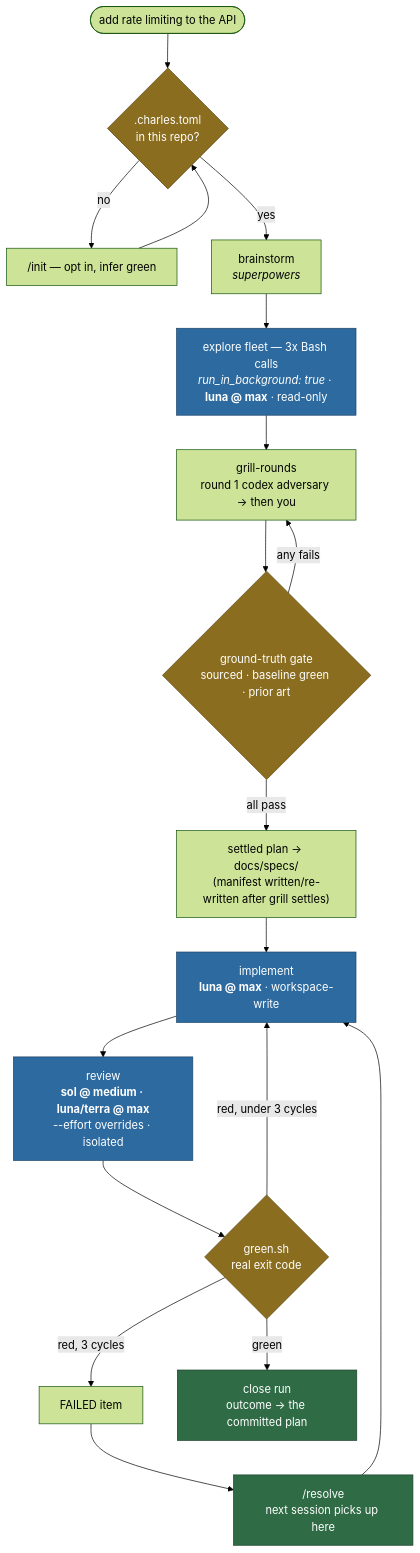
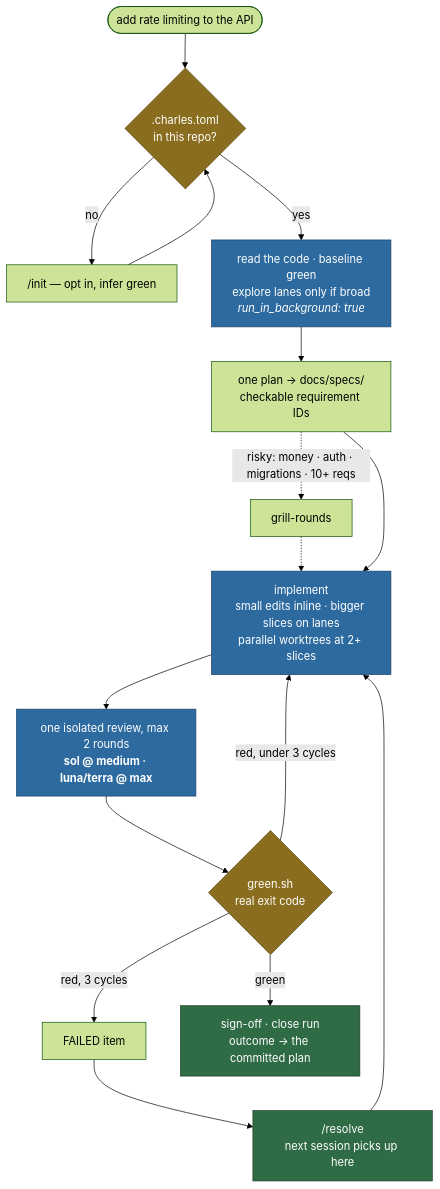
The first of 2 diagrams in README.md (charlesdr13/charlesdr-dev-loop), drawn with Mermaid (forest theme) before and after one commit. The commit also changed other lines of this file and 29 other files, not shown here.

````diff
--- a/README.md
+++ b/README.md
@@ -21,31 +23,28 @@
 ```mermaid
 flowchart TD
     REQ(["add rate limiting to the API"]) --> GATE{".charles.toml<br/>in this repo?"}
     GATE -->|no| INIT["/init — opt in, infer green"]
     INIT --> GATE
-    GATE -->|yes| BRAIN["brainstorm<br/><i>superpowers</i>"]
+    GATE -->|yes| READ["read the code · baseline green<br/>explore lanes only if broad<br/><i>run_in_background: true</i>"]
 
-    BRAIN --> EXP["explore fleet — 3x Bash calls<br/><i>run_in_background: true</i> · <b>luna @ max</b> · read-only"]
-    EXP --> GRILL["grill-rounds<br/>round 1 codex adversary → then you"]
-    GRILL --> TRUTH{"ground-truth gate<br/>sourced · baseline green · prior art"}
-    TRUTH -->|any fails| GRILL
-    TRUTH -->|all pass| PLAN["settled plan → docs/specs/<br/>(manifest written/re-written after grill settles)"]
-
-    PLAN --> IMPL["implement<br/><b>luna @ max</b> · workspace-write"]
-    IMPL --> REV["review<br/><b>sol @ medium · luna/terra @ max</b><br/>--effort overrides · isolated"]
+    READ --> PLAN["one plan → docs/specs/<br/>checkable requirement IDs"]
+    PLAN -.->|"risky: money · auth · migrations · 10+ reqs"| GRILL["grill-rounds"]
+    GRILL -.-> IMPL
+    PLAN --> IMPL["implement<br/>small edits inline · bigger slices on lanes<br/>parallel worktrees at 2+ slices"]
+    IMPL --> REV["one isolated review, max 2 rounds<br/><b>sol @ medium · luna/terra @ max</b>"]
     REV --> GREEN{"green.sh<br/>real exit code"}
 
     GREEN -->|"red, under 3 cycles"| IMPL
     GREEN -->|"red, 3 cycles"| FAILED["FAILED item"]
-    GREEN -->|green| CLOSE["close run<br/>outcome → the committed plan"]
+    GREEN -->|green| CLOSE["sign-off · close run<br/>outcome → the committed plan"]
 
     FAILED --> RESOLVE["/resolve<br/>next session picks up here"]
     RESOLVE --> IMPL
 
     classDef lane fill:#2d6a9f,stroke:#1b4368,color:#fff
     classDef gate fill:#8a6d1f,stroke:#5c4813,color:#fff
     classDef term fill:#2f6b45,stroke:#1c4029,color:#fff
-    class EXP,IMPL,REV lane
-    class GATE,TRUTH,GREEN gate
+    class READ,IMPL,REV lane
+    class GATE,GREEN gate
     class CLOSE,RESOLVE term
 ```
````
